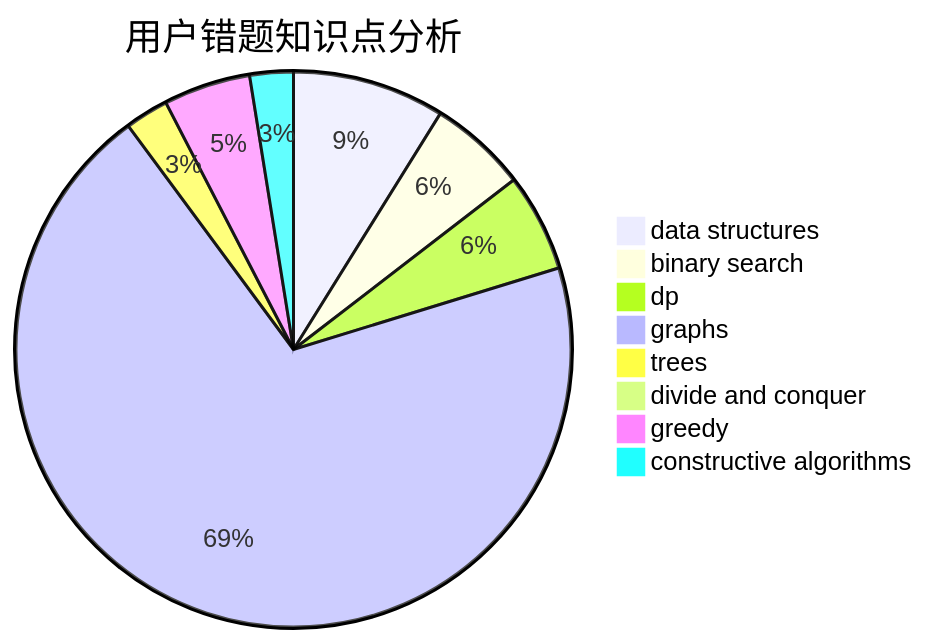
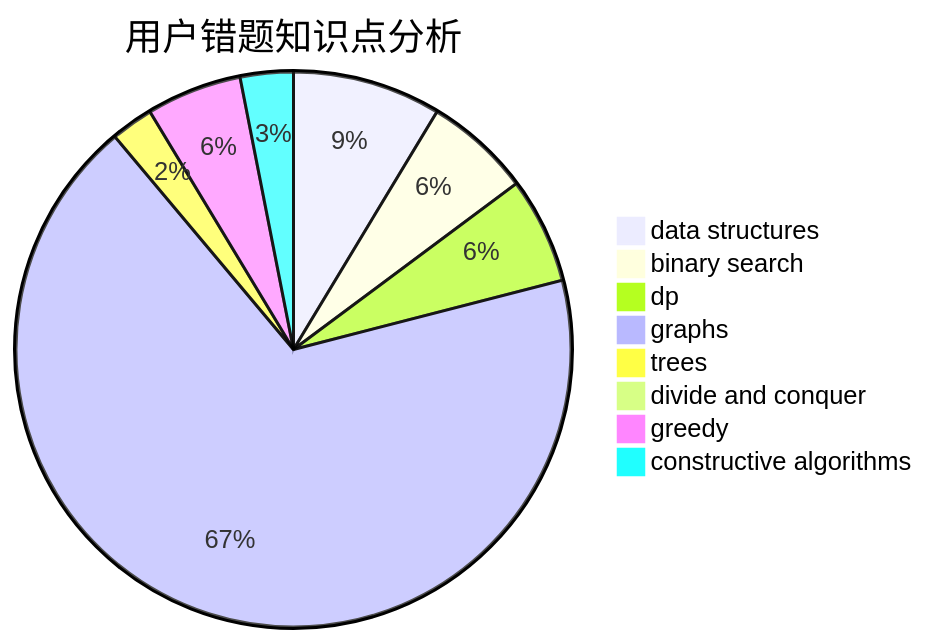
Before and after one commit to sherpahu/cfrs.github.io: the third of 3 diagrams in docs/user/u1876.md, drawn with Mermaid. The commit also changed other lines of this file and 2770 other files, not shown here.

````diff
--- a/docs/user/u1876.md
+++ b/docs/user/u1876.md
@@ -36,11 +36,11 @@
 ```mermaid
 pie title 用户错题知识点分析
     "data structures" :  14
-    "binary search" :  9
-    "dp" :  9
+    "binary search" :  10
+    "dp" :  10
     "graphs" :  110
     "trees" :  4
     "divide and conquer" :  1
-    "greedy" :  8
-    "constructive algorithms" :  4
+    "greedy" :  9
+    "constructive algorithms" :  5
 ```
````
